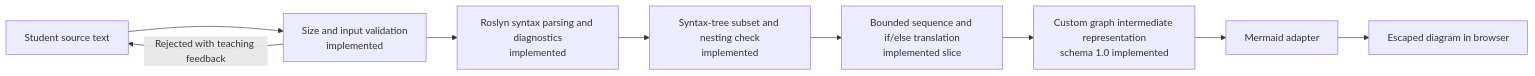
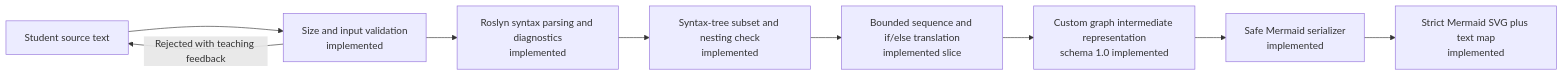
Before and after one commit to DarryllPj77/CodeLogic: the third of 4 diagrams in docs/ARCHITECTURE.md, drawn with Mermaid. The commit also changed other lines of this file and 14 other files, not shown here.

Commit message:
feat: add safe Mermaid flowchart preview

````diff
--- a/docs/ARCHITECTURE.md
+++ b/docs/ARCHITECTURE.md
@@ -138,14 +138,14 @@
 ```mermaid
 flowchart LR
     Input[Student source text]
     Gate[Size and input validation<br/>implemented]
     Parse[Roslyn syntax parsing and diagnostics<br/>implemented]
     Subset[Syntax-tree subset and nesting check<br/>implemented]
     Analyze[Bounded sequence and if/else translation<br/>implemented slice]
     IR[Custom graph intermediate representation<br/>schema 1.0 implemented]
-    Render[Mermaid adapter]
-    Browser[Escaped diagram in browser]
+    Render[Safe Mermaid serializer<br/>implemented]
+    Browser[Strict Mermaid SVG plus text map<br/>implemented]
 
     Input --> Gate --> Parse --> Subset --> Analyze --> IR --> Render --> Browser
     Gate -->|Rejected with teaching feedback| Input
 ```
````
